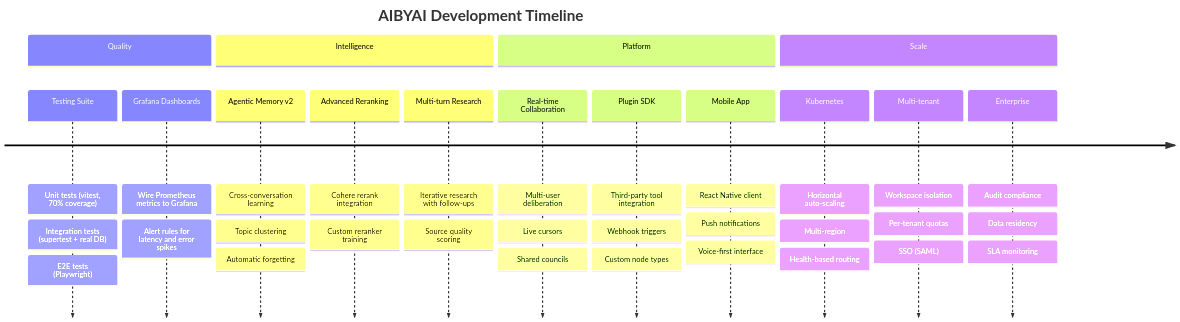
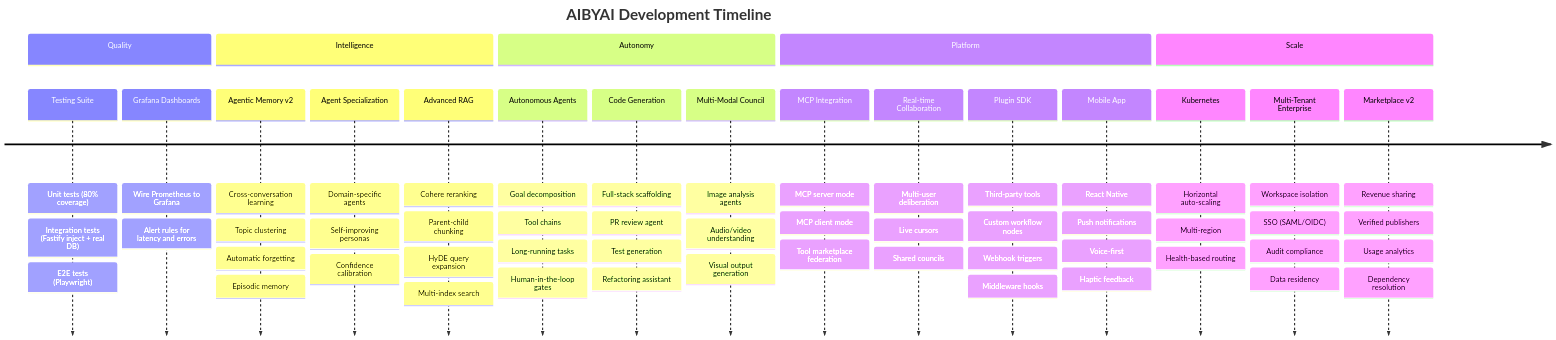
Before and after one commit to Yash-Awasthi/Judica: the second of 6 diagrams in ROADMAP.md, drawn with Mermaid. The commit also changed other lines of this file, not shown here.

First line of the commit message:
docs: expand ROADMAP with ambitious future plans

````diff
--- a/ROADMAP.md
+++ b/ROADMAP.md
@@ -63,19 +63,24 @@
 ```mermaid
 timeline
     title AIBYAI Development Timeline
     section Quality
-        Testing Suite : Unit tests (vitest, 70% coverage) : Integration tests (supertest + real DB) : E2E tests (Playwright)
-        Grafana Dashboards : Wire Prometheus metrics to Grafana : Alert rules for latency and error spikes
+        Testing Suite : Unit tests (80% coverage) : Integration tests (Fastify inject + real DB) : E2E tests (Playwright)
+        Grafana Dashboards : Wire Prometheus to Grafana : Alert rules for latency and errors
     section Intelligence
-        Agentic Memory v2 : Cross-conversation learning : Topic clustering : Automatic forgetting
-        Advanced Reranking : Cohere rerank integration : Custom reranker training
-        Multi-turn Research : Iterative research with follow-ups : Source quality scoring
+        Agentic Memory v2 : Cross-conversation learning : Topic clustering : Automatic forgetting : Episodic memory
+        Agent Specialization : Domain-specific agents : Self-improving personas : Confidence calibration
+        Advanced RAG : Cohere reranking : Parent-child chunking : HyDE query expansion : Multi-index search
+    section Autonomy
+        Autonomous Agents : Goal decomposition : Tool chains : Long-running tasks : Human-in-the-loop gates
+        Code Generation : Full-stack scaffolding : PR review agent : Test generation : Refactoring assistant
+        Multi-Modal Council : Image analysis agents : Audio/video understanding : Visual output generation
     section Platform
+        MCP Integration : MCP server mode : MCP client mode : Tool marketplace federation
         Real-time Collaboration : Multi-user deliberation : Live cursors : Shared councils
-        Plugin SDK : Third-party tool integration : Webhook triggers : Custom node types
-        Mobile App : React Native client : Push notifications : Voice-first interface
+        Plugin SDK : Third-party tools : Custom workflow nodes : Webhook triggers : Middleware hooks
+        Mobile App : React Native : Push notifications : Voice-first : Haptic feedback
     section Scale
         Kubernetes : Horizontal auto-scaling : Multi-region : Health-based routing
-        Multi-tenant : Workspace isolation : Per-tenant quotas : SSO (SAML)
-        Enterprise : Audit compliance : Data residency : SLA monitoring
+        Multi-Tenant Enterprise : Workspace isolation : SSO (SAML/OIDC) : Audit compliance : Data residency
+        Marketplace v2 : Revenue sharing : Verified publishers : Usage analytics : Dependency resolution
 ```
````
